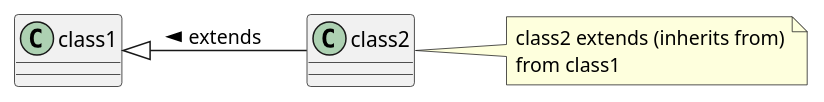
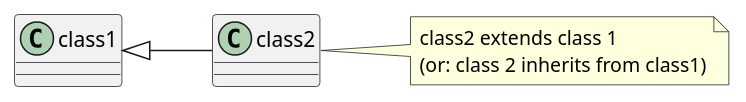
The seventh of 25 diagrams in uml_markdown_summary.md (chraxo/UmlMarkdownCheatSheet), drawn with PlantUML before and after one commit. The commit also changed other lines of this file, not shown here.

```diff
--- a/uml_markdown_summary.md
+++ b/uml_markdown_summary.md
@@ -133,8 +189,8 @@
 @startuml
 left to right direction
-class1 <|-- class2 : extends <
+class1 <|-- class2
 note right 
-    class2 extends (inherits from)
-    from class1
+    class2 extends class 1
+    (or: class 2 inherits from class1)
 end note
 @enduml
```
